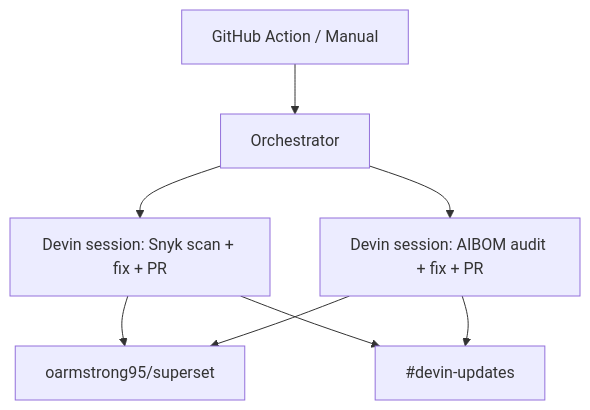
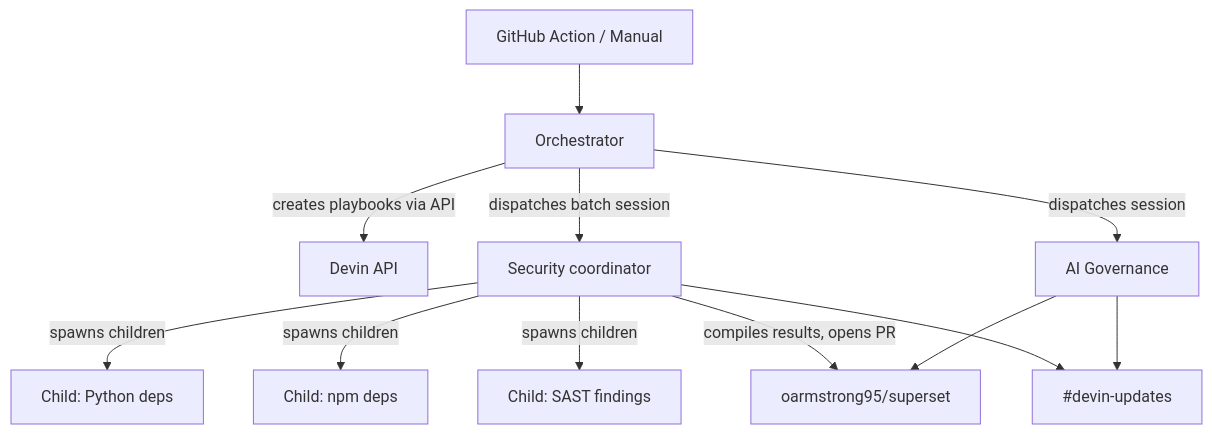
Before and after one commit to oarmstrong95/devin-guardian: the diagram in README.md, drawn with Mermaid. The commit also changed other lines of this file and 4 other files, not shown here.

Commit message:
feat: implement playbook creation and batch processing for security and governance sessions

````diff
--- a/README.md
+++ b/README.md
@@ -14,10 +15,14 @@
 ```mermaid
 flowchart TD
     Trigger[GitHub Action / Manual] --> Orch[Orchestrator]
-    Orch --> Sec["Devin session: Snyk scan + fix + PR"]
-    Orch --> Gov["Devin session: AIBOM audit + fix + PR"]
-    Sec --> Repo[oarmstrong95/superset]
-    Gov --> Repo
-    Sec --> Slack["#devin-updates"]
-    Gov --> Slack
+    Orch -->|"creates playbooks via API"| API[Devin API]
+    Orch -->|"dispatches batch session"| SecCoord["Security coordinator"]
+    Orch -->|"dispatches session"| GovSession["AI Governance"]
+    SecCoord -->|"spawns children"| Child1["Child: Python deps"]
+    SecCoord -->|"spawns children"| Child2["Child: npm deps"]
+    SecCoord -->|"spawns children"| Child3["Child: SAST findings"]
+    SecCoord -->|"compiles results, opens PR"| Repo[oarmstrong95/superset]
+    GovSession --> Repo
+    SecCoord --> Slack["#devin-updates"]
+    GovSession --> Slack
 ```
````
